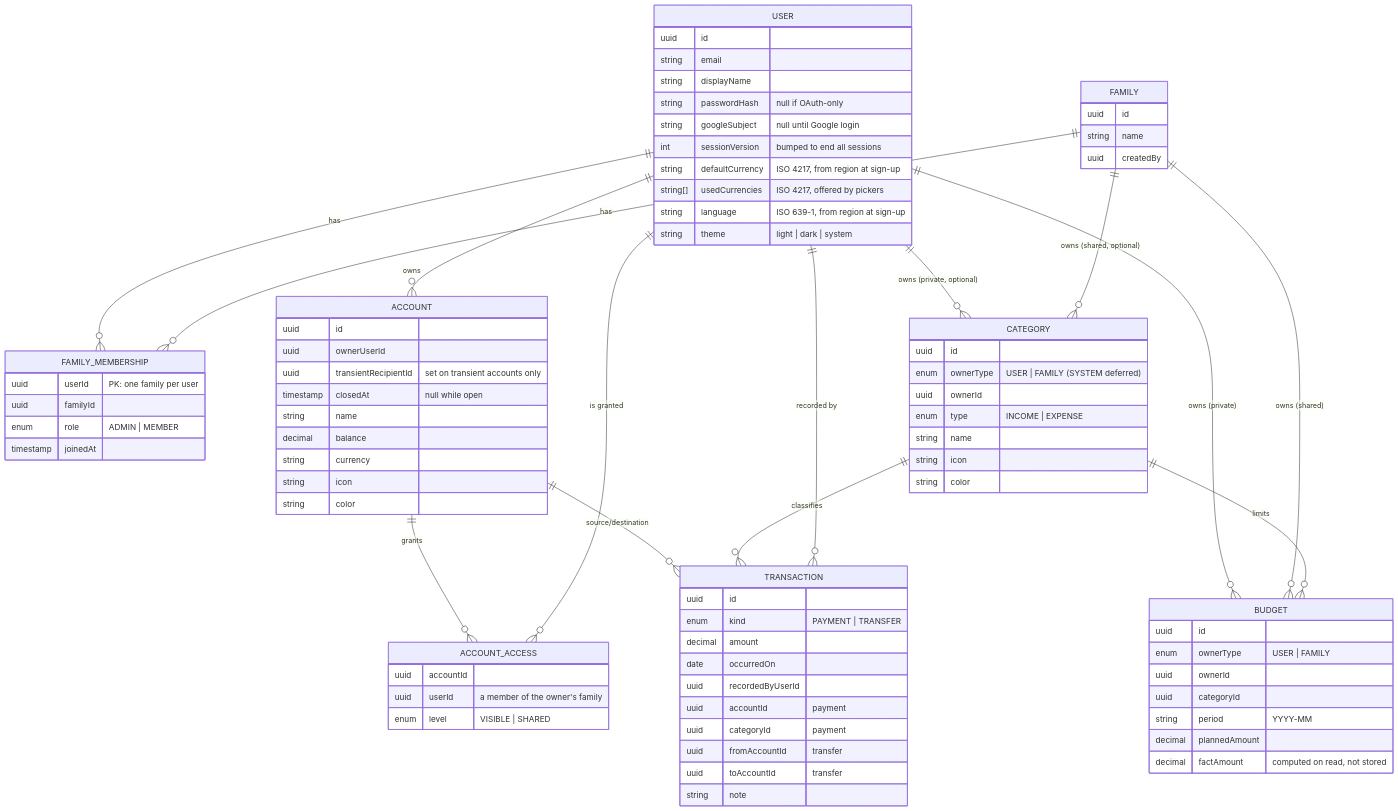
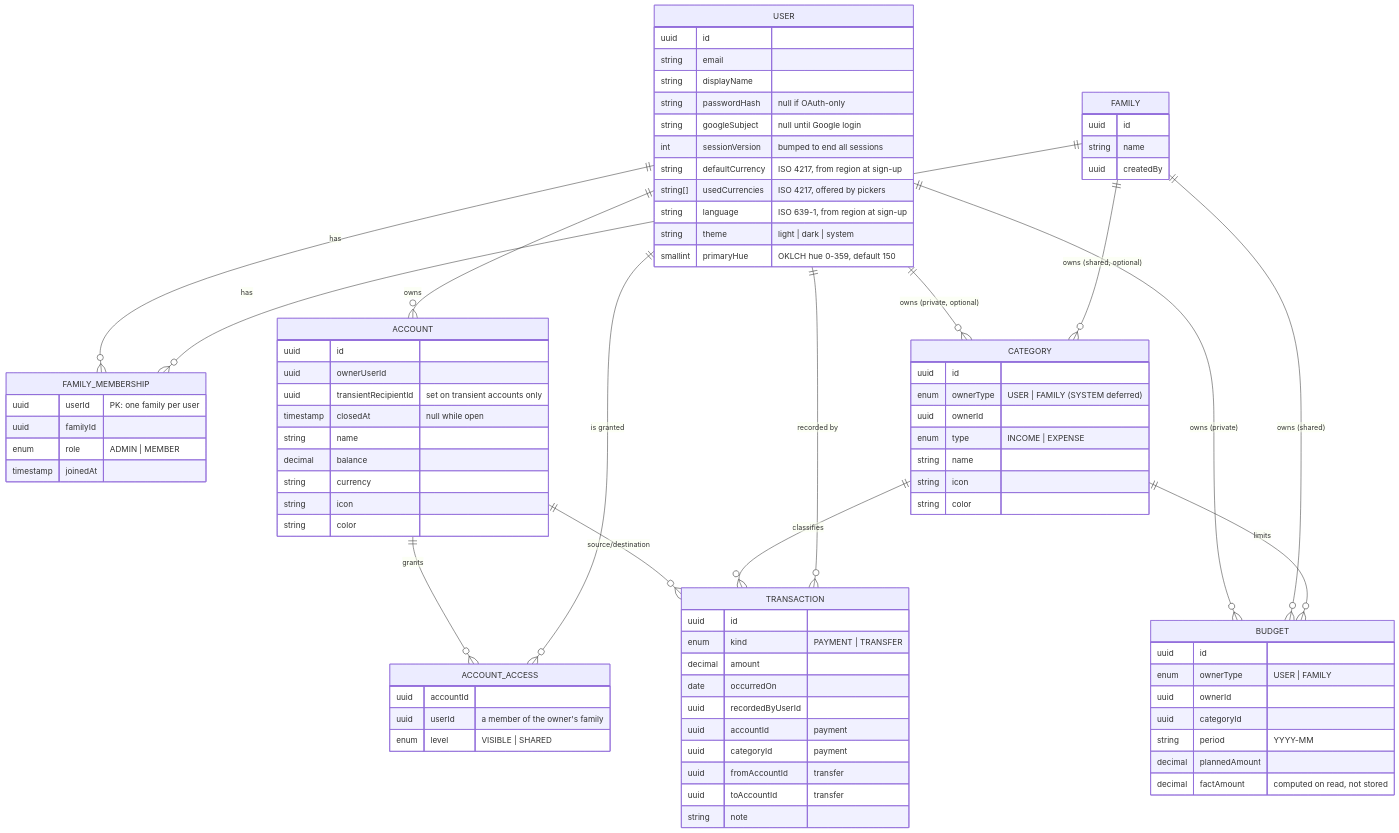
One commit to omarkelovUA/budget-backend changed the second of 3 diagrams in docs/ARCHITECTURE.md. Above: the diagram before and after it, drawn with Mermaid. The commit also changed other lines of this file and 6 other files, not shown here.

Commit message:
feat(settings): store the UI primary colour hue (M17)

```diff
--- a/docs/ARCHITECTURE.md
+++ b/docs/ARCHITECTURE.md
@@ -83,6 +83,7 @@
         string[] usedCurrencies "ISO 4217, offered by pickers"
         string language "ISO 639-1, from region at sign-up"
         string theme "light | dark | system"
+        smallint primaryHue "OKLCH hue 0-359, default 150"
     }
     FAMILY {
         uuid id
```
